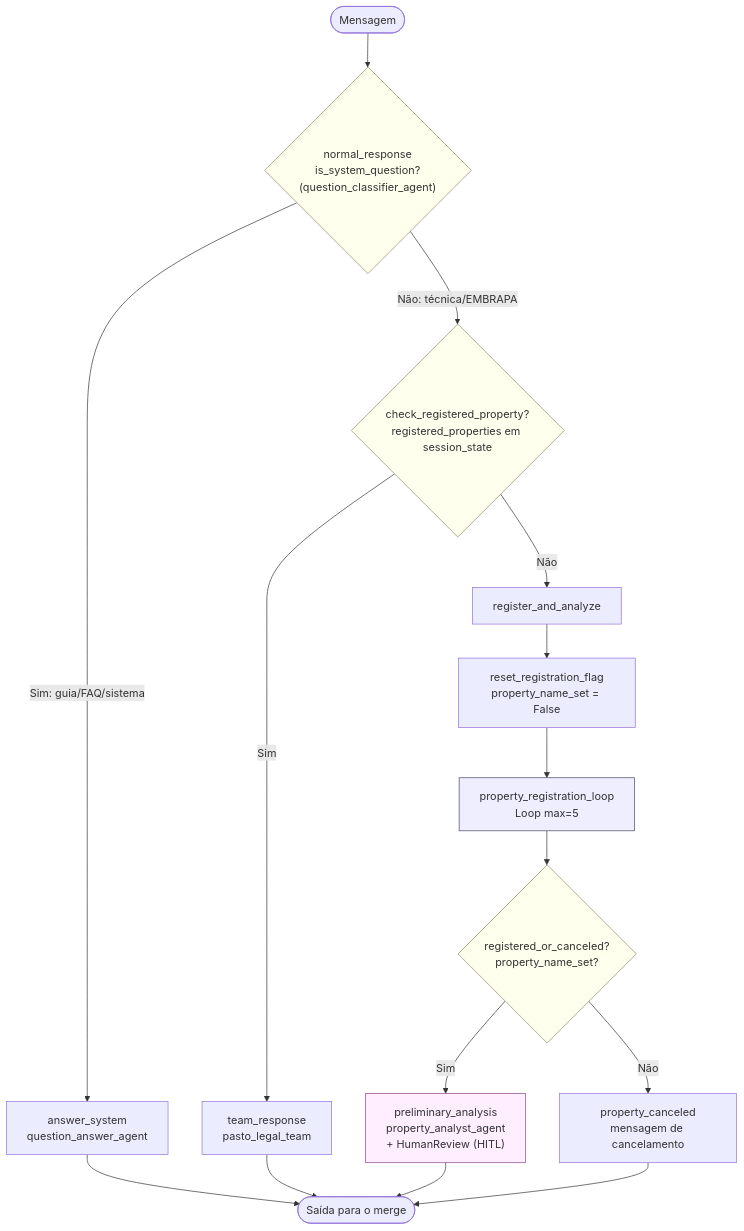
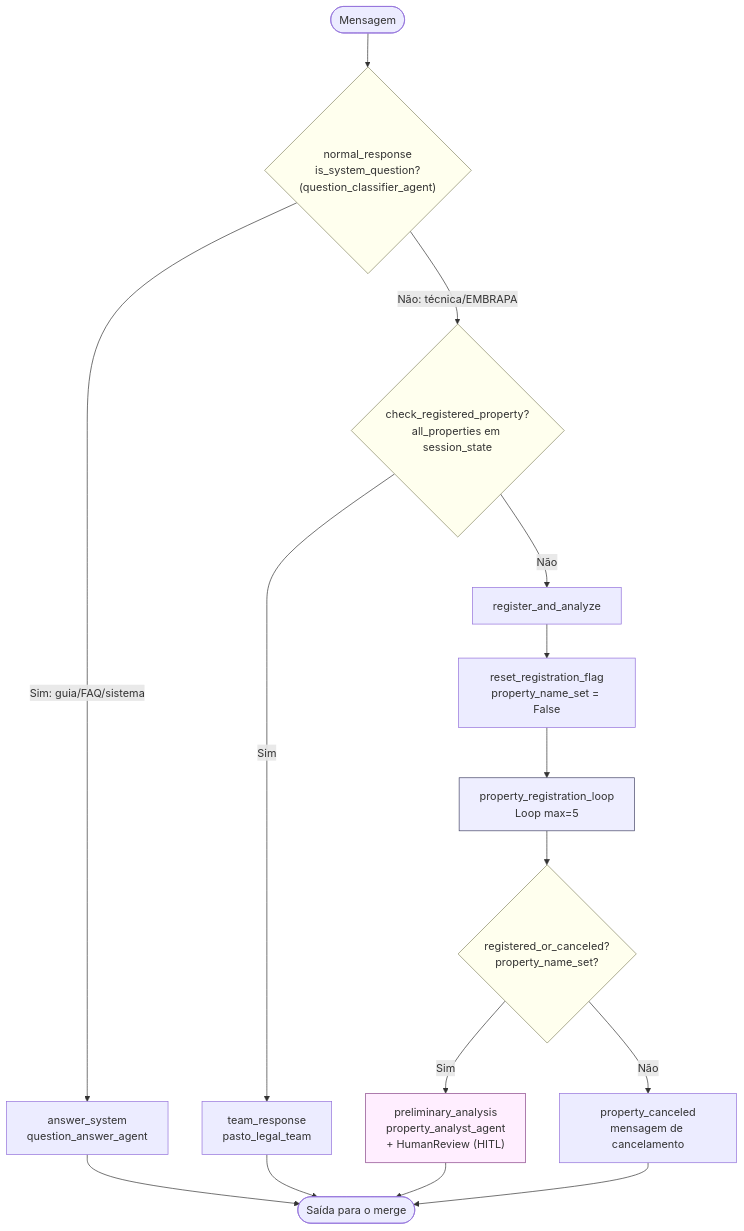
Before and after one commit to lapig-ufg/pasto-legal: the third of 8 diagrams in docs/workflow-diagrams.md, drawn with Mermaid. The commit also changed other lines of this file and 16 other files, not shown here.

````diff
--- a/docs/workflow-diagrams.md
+++ b/docs/workflow-diagrams.md
@@ -70,28 +70,28 @@
 ```mermaid
 flowchart TD
     In([Mensagem]) --> C0{"normal_response<br/>is_system_question?<br/>(question_classifier_agent)"}
 
     C0 -->|Sim: guia/FAQ/sistema| QA["answer_system<br/>question_answer_agent"]
-    C0 -->|Não: técnica/EMBRAPA| C1{"check_registered_property?<br/>registered_properties em session_state"}
+    C0 -->|Não: técnica/EMBRAPA| C1{"check_registered_property?<br/>all_properties em session_state"}
 
     C1 -->|Sim| Team["team_response<br/>pasto_legal_team"]
     C1 -->|Não| RA["register_and_analyze"]
 
     QA --> Out([Saída para o merge])
     Team --> Out
 
     RA --> Reset["reset_registration_flag<br/>property_name_set = False"]
     Reset --> Loop["property_registration_loop<br/>Loop max=5"]
     Loop --> C2{"registered_or_canceled?<br/>property_name_set?"}
 
     C2 -->|Sim| Hitl["preliminary_analysis<br/>property_analyst_agent<br/>+ HumanReview (HITL)"]
     C2 -->|Não| Cancel["property_canceled<br/>mensagem de cancelamento"]
     Hitl --> Out
     Cancel --> Out
 
     style C0 fill:#ffe,stroke:#886
     style C1 fill:#ffe,stroke:#886
     style C2 fill:#ffe,stroke:#886
     style Hitl fill:#fef,stroke:#848
     style Loop fill:#eef,stroke:#446
 ```
````
